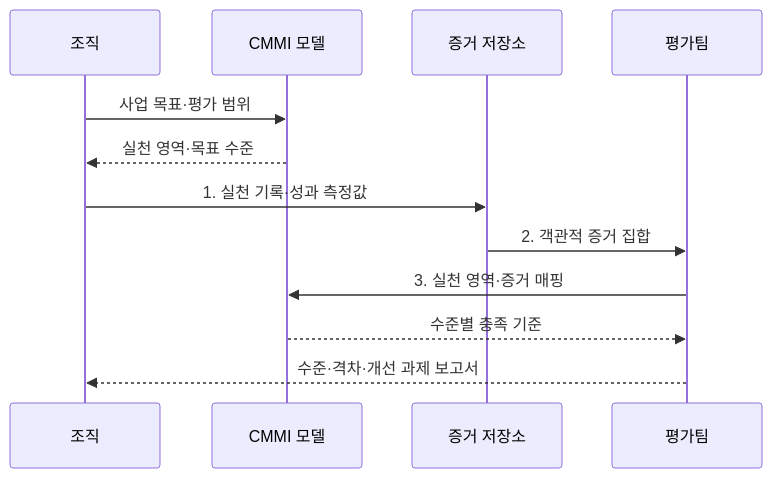
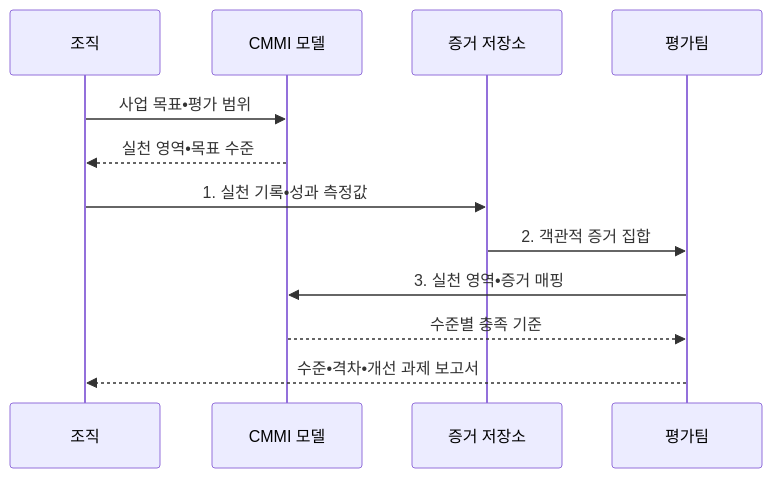
One commit to agnusdei1207/knowledge-base changed the second of 2 diagrams in src/content/docs/notes/03-software/070_cmmi_maturity_model.md. Above: the diagram before and after it, drawn with Mermaid. The commit also changed other lines of this file and 953 other files, not shown here.

````diff
--- a/src/content/docs/notes/03-software/070_cmmi_maturity_model.md
+++ b/src/content/docs/notes/03-software/070_cmmi_maturity_model.md
@@ -103,14 +103,14 @@
 ```mermaid
 sequenceDiagram
     participant O as 조직
     participant M as CMMI 모델
     participant E as 증거 저장소
     participant A as 평가팀
-    O->>M: 사업 목표·평가 범위
-    M-->>O: 실천 영역·목표 수준
-    O->>E: 1. 실천 기록·성과 측정값
+    O->>M: 사업 목표•평가 범위
+    M-->>O: 실천 영역•목표 수준
+    O->>E: 1. 실천 기록•성과 측정값
     E->>A: 2. 객관적 증거 집합
-    A->>M: 3. 실천 영역·증거 매핑
+    A->>M: 3. 실천 영역•증거 매핑
     M-->>A: 수준별 충족 기준
-    A-->>O: 수준·격차·개선 과제 보고서
+    A-->>O: 수준•격차•개선 과제 보고서
 ```
````
